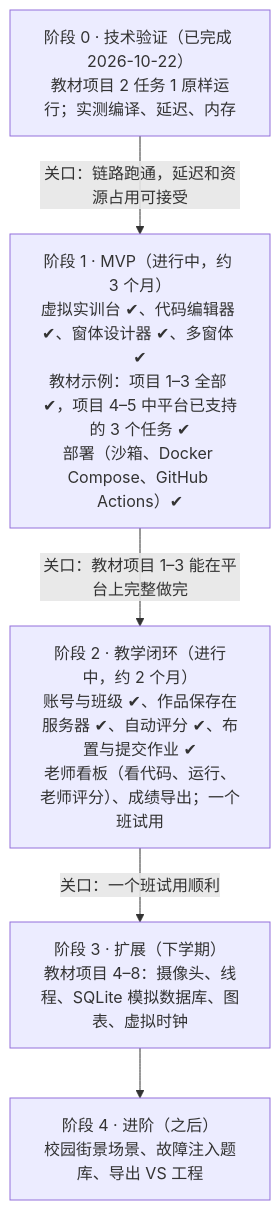
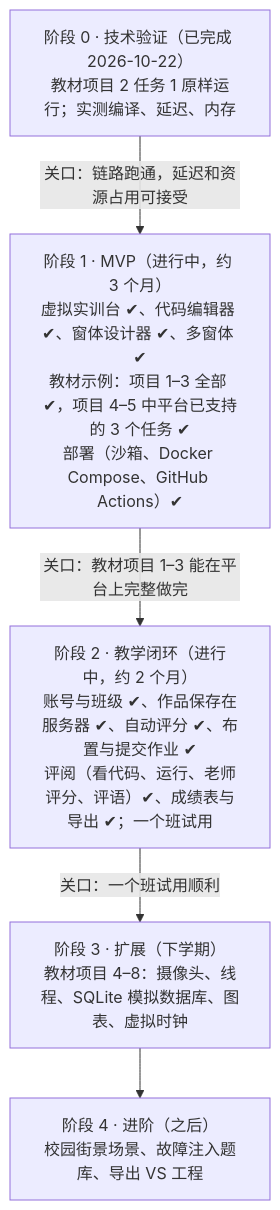
One commit to yuetsh/IOT_SIM changed the second of 2 diagrams in docs/设计方案.md. Above: the diagram before and after it, drawn with Mermaid. The commit also changed other lines of this file and 19 other files, not shown here.

````diff
--- a/docs/设计方案.md
+++ b/docs/设计方案.md
@@ -233,12 +233,12 @@
 ```mermaid
 flowchart TB
   P0["阶段 0 · 技术验证（已完成 2026-10-22）<br/>教材项目 2 任务 1 原样运行；实测编译、延迟、内存"]
   P1["阶段 1 · MVP（进行中，约 3 个月）<br/>虚拟实训台 ✔、代码编辑器 ✔、窗体设计器 ✔、多窗体 ✔<br/>教材示例：项目 1–3 全部 ✔，项目 4–5 中平台已支持的 3 个任务 ✔<br/>部署（沙箱、Docker Compose、GitHub Actions）✔"]
-  P2["阶段 2 · 教学闭环（进行中，约 2 个月）<br/>账号与班级 ✔、作品保存在服务器 ✔、自动评分 ✔、布置与提交作业 ✔<br/>老师看板（看代码、运行、老师评分）、成绩导出；一个班试用"]
+  P2["阶段 2 · 教学闭环（进行中，约 2 个月）<br/>账号与班级 ✔、作品保存在服务器 ✔、自动评分 ✔、布置与提交作业 ✔<br/>评阅（看代码、运行、老师评分、评语）✔、成绩表与导出 ✔；一个班试用"]
   P3["阶段 3 · 扩展（下学期）<br/>教材项目 4–8：摄像头、线程、SQLite 模拟数据库、图表、虚拟时钟"]
   P4["阶段 4 · 进阶（之后）<br/>校园街景场景、故障注入题库、导出 VS 工程"]
   P0 -->|"关口：链路跑通，延迟和资源占用可接受"| P1
   P1 -->|"关口：教材项目 1–3 能在平台上完整做完"| P2
   P2 -->|"关口：一个班试用顺利"| P3
   P3 --> P4
 ```
````
